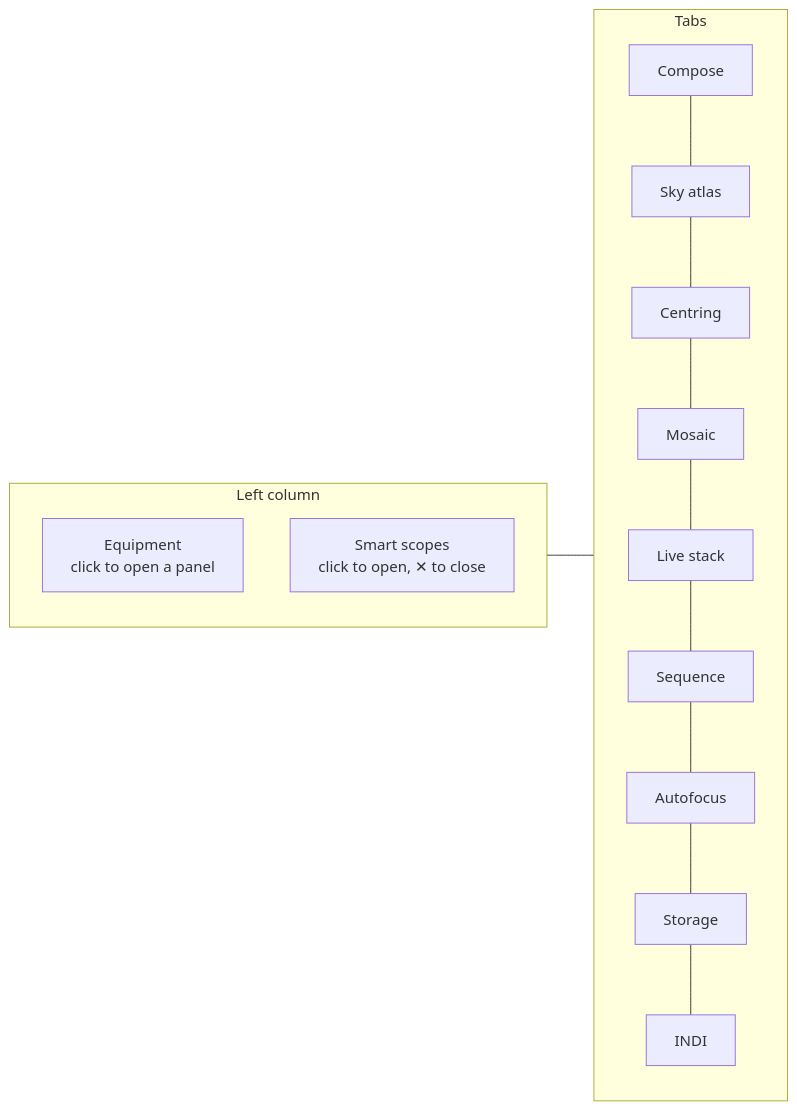
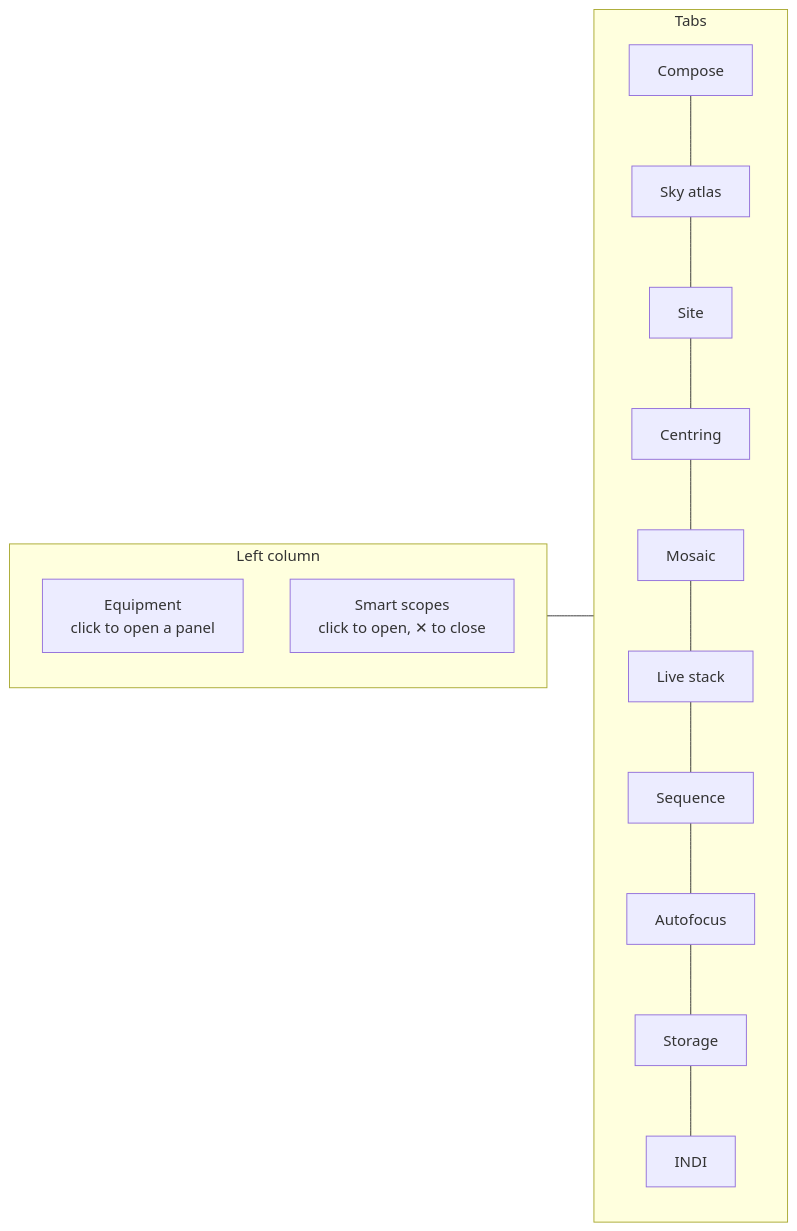
Before and after one commit to UltraGeekDEV/ELink-Astro: the second of 4 diagrams in docs/user-guide.md, drawn with Mermaid. The commit also changed other lines of this file and 22 other files, not shown here.

````diff
--- a/docs/user-guide.md
+++ b/docs/user-guide.md
@@ -56,12 +56,12 @@
 ```mermaid
 flowchart LR
     subgraph Left[Left column]
         E[Equipment<br/>click to open a panel]
         S[Smart scopes<br/>click to open, ✕ to close]
     end
     subgraph Tabs
-        T1[Compose] --- T2[Sky atlas] --- T3[Centring] --- T4[Mosaic] --- T4b[Live stack]
+        T1[Compose] --- T2[Sky atlas] --- T2b[Site] --- T3[Centring] --- T4[Mosaic] --- T4b[Live stack]
         T4b --- T5[Sequence] --- T6[Autofocus] --- T7[Storage] --- T8[INDI]
     end
     Left --- Tabs
 ```
````
